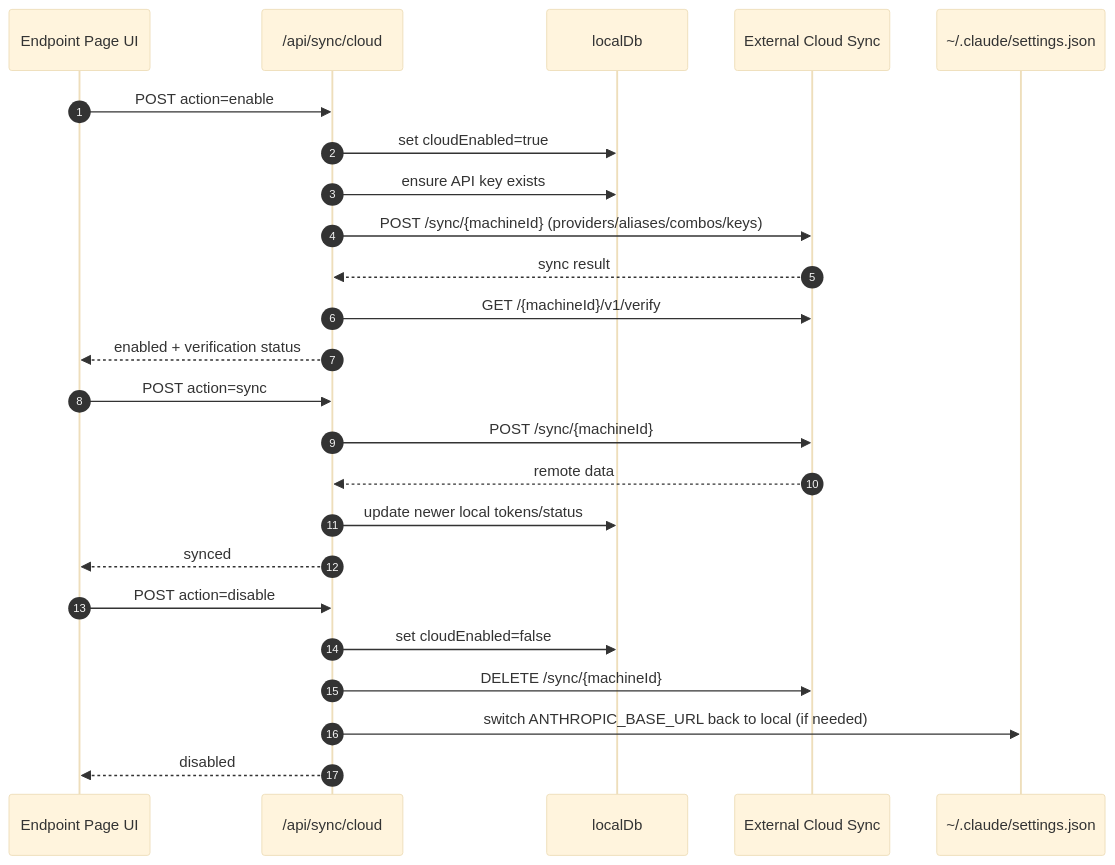
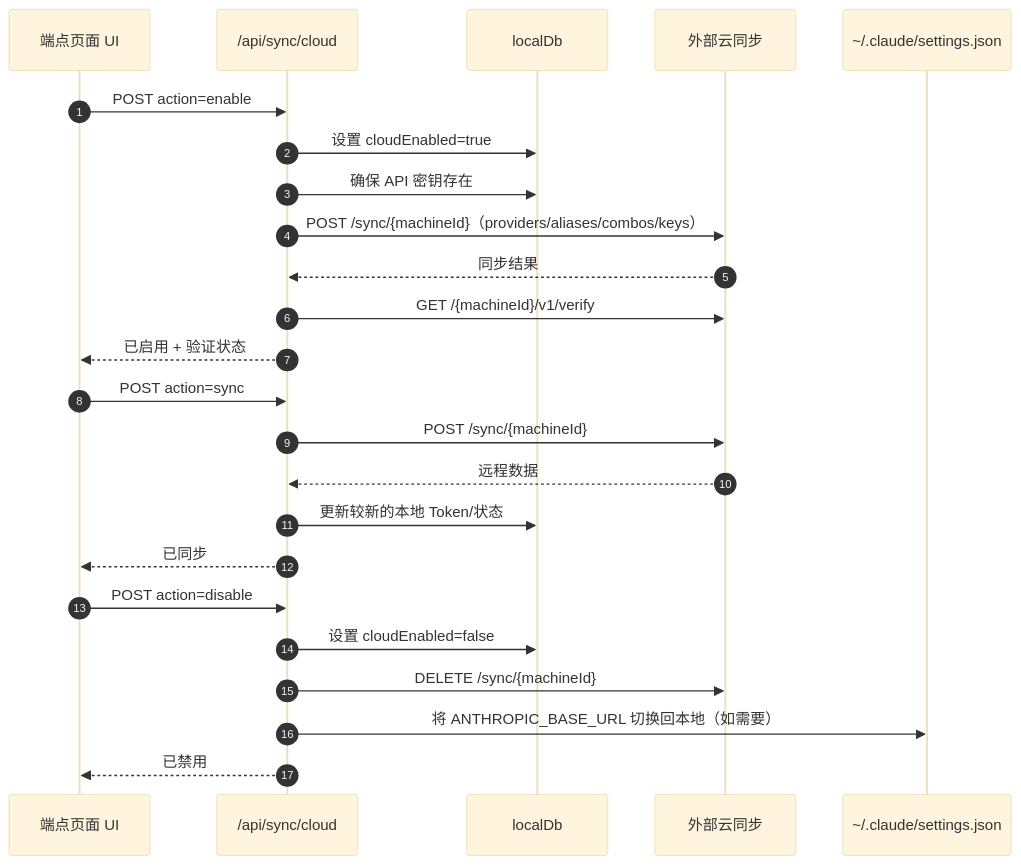
Before and after one commit to innotelinc/jesus: the fifth of 7 diagrams in apps/omniroute/docs/i18n/zh-CN/ARCHITECTURE.md, drawn with Mermaid (base theme). The commit also changed other lines of this file and 14 other files, not shown here.

````diff
--- a/apps/omniroute/docs/i18n/zh-CN/ARCHITECTURE.md
+++ b/apps/omniroute/docs/i18n/zh-CN/ARCHITECTURE.md
@@ -378,29 +395,29 @@
 ```mermaid
 sequenceDiagram
     autonumber
-    participant UI as Endpoint Page UI
+    participant UI as 端点页面 UI
     participant Sync as /api/sync/cloud
     participant DB as localDb
-    participant Cloud as External Cloud Sync
+    participant Cloud as 外部云同步
     participant Claude as ~/.claude/settings.json
 
     UI->>Sync: POST action=enable
-    Sync->>DB: set cloudEnabled=true
-    Sync->>DB: ensure API key exists
-    Sync->>Cloud: POST /sync/{machineId} (providers/aliases/combos/keys)
-    Cloud-->>Sync: sync result
+    Sync->>DB: 设置 cloudEnabled=true
+    Sync->>DB: 确保 API 密钥存在
+    Sync->>Cloud: POST /sync/{machineId}（providers/aliases/combos/keys）
+    Cloud-->>Sync: 同步结果
     Sync->>Cloud: GET /{machineId}/v1/verify
-    Sync-->>UI: enabled + verification status
+    Sync-->>UI: 已启用 + 验证状态
 
     UI->>Sync: POST action=sync
     Sync->>Cloud: POST /sync/{machineId}
-    Cloud-->>Sync: remote data
-    Sync->>DB: update newer local tokens/status
-    Sync-->>UI: synced
+    Cloud-->>Sync: 远程数据
+    Sync->>DB: 更新较新的本地 Token/状态
+    Sync-->>UI: 已同步
 
     UI->>Sync: POST action=disable
-    Sync->>DB: set cloudEnabled=false
+    Sync->>DB: 设置 cloudEnabled=false
     Sync->>Cloud: DELETE /sync/{machineId}
-    Sync->>Claude: switch ANTHROPIC_BASE_URL back to local (if needed)
-    Sync-->>UI: disabled
+    Sync->>Claude: 将 ANTHROPIC_BASE_URL 切换回本地（如需要）
+    Sync-->>UI: 已禁用
 ```
````
